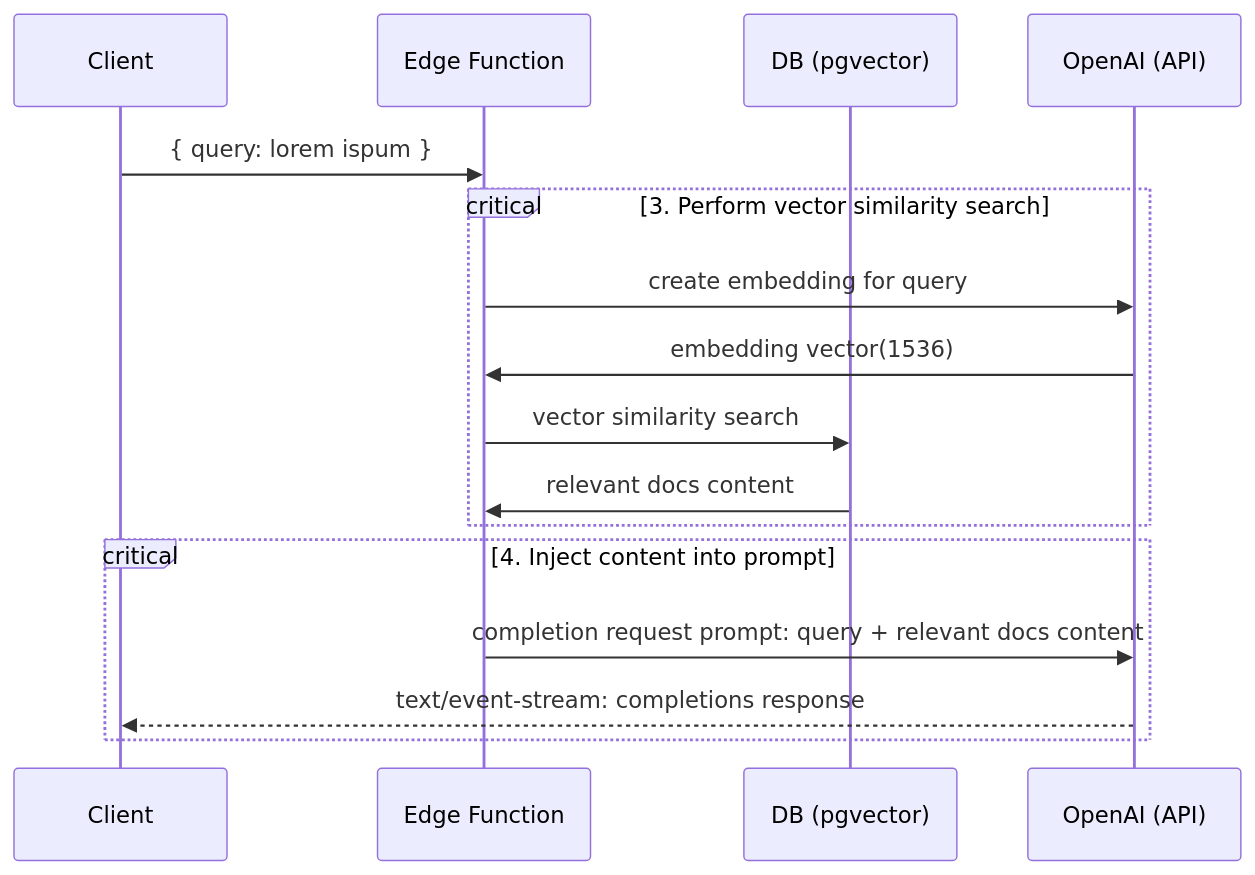
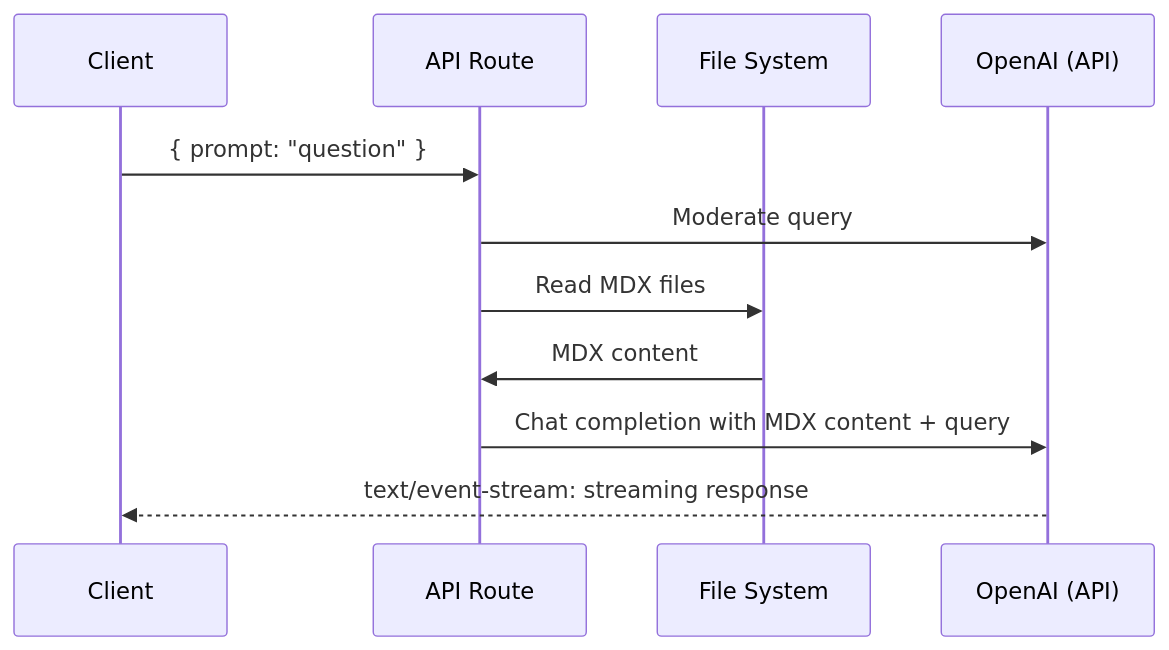
One commit to davidyoondrums/ai-employment-agent changed the diagram in README.md. Above: the diagram before and after it, drawn with Mermaid. The commit also changed other lines of this file, not shown here.

````diff
--- a/README.md
+++ b/README.md
@@ -45,18 +22,13 @@
 ```mermaid
 sequenceDiagram
     participant Client
-    participant Edge Function
-    participant DB (pgvector)
+    participant API Route
+    participant File System
     participant OpenAI (API)
-    Client->>Edge Function: { query: lorem ispum }
-    critical 3. Perform vector similarity search
-        Edge Function->>OpenAI (API): create embedding for query
-        OpenAI (API)->>Edge Function: embedding vector(1536)
-        Edge Function->>DB (pgvector): vector similarity search
-        DB (pgvector)->>Edge Function: relevant docs content
-    end
-    critical 4. Inject content into prompt
-        Edge Function->>OpenAI (API): completion request prompt: query + relevant docs content
-        OpenAI (API)-->>Client: text/event-stream: completions response
-    end
+    Client->>API Route: { prompt: "question" }
+    API Route->>OpenAI (API): Moderate query
+    API Route->>File System: Read MDX files
+    File System->>API Route: MDX content
+    API Route->>OpenAI (API): Chat completion with MDX content + query
+    OpenAI (API)-->>Client: text/event-stream: streaming response
 ```
````
